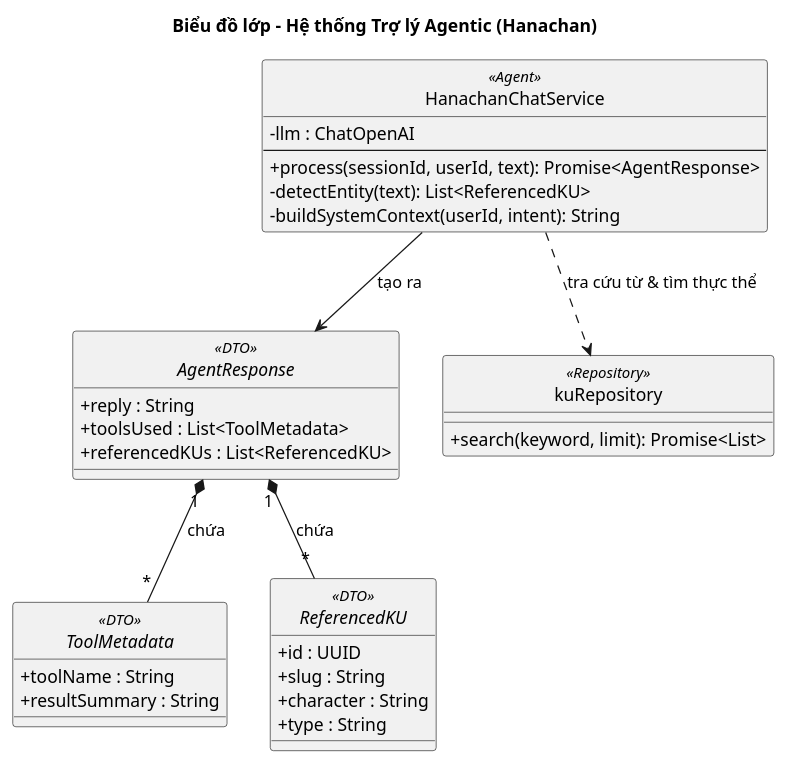
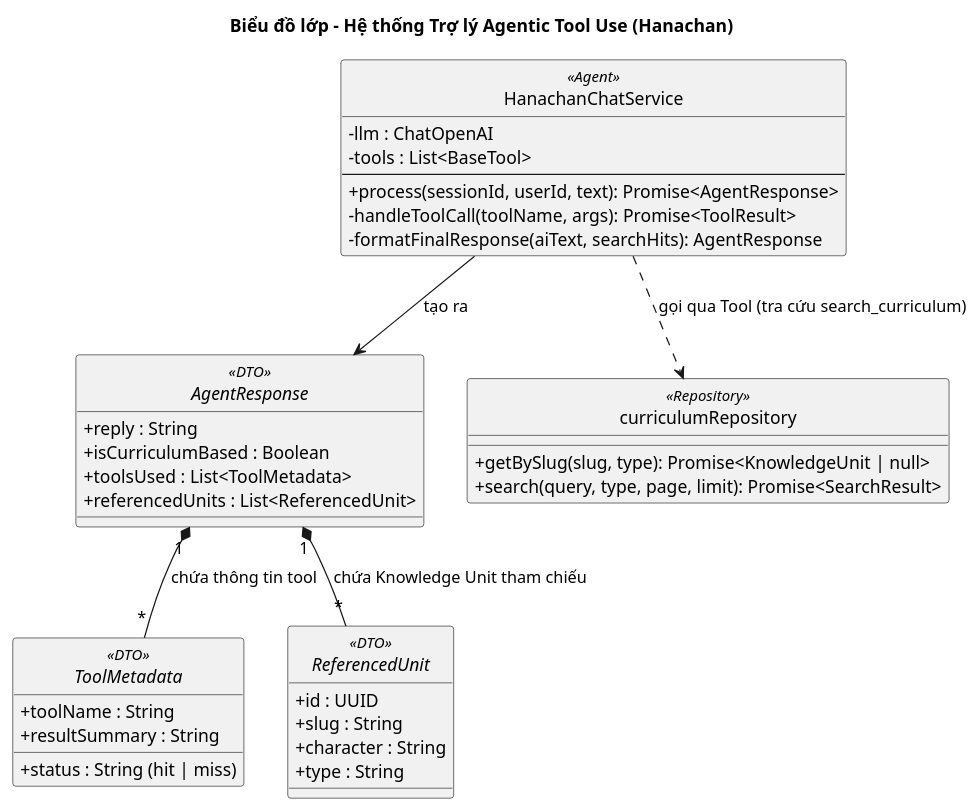
The diagram in docs/uncertain/class-diagram/chatbot.md (anhtranguyen-github/Hanachan), drawn with PlantUML before and after one commit. The commit also changed other lines of this file and 20 other files, not shown here.

First line of the commit message:
docs(arch): update ER and package diagrams for Hanachan v2

````diff
--- a/docs/uncertain/class-diagram/chatbot.md
+++ b/docs/uncertain/class-diagram/chatbot.md
@@ -5,44 +5,47 @@
 ```plantuml
 @startuml
-title Biểu đồ lớp - Hệ thống Trợ lý Agentic (Hanachan)
+title Biểu đồ lớp - Hệ thống Trợ lý Agentic Tool Use (Hanachan)
 skinparam classAttributeIconSize 0
 skinparam shadowing false
 hide circle
 
 class HanachanChatService <<Agent>> {
   - llm : ChatOpenAI
+  - tools : List<BaseTool>
   --
   + process(sessionId, userId, text): Promise<AgentResponse>
-  - detectEntity(text): List<ReferencedKU>
-  - buildSystemContext(userId, intent): String
+  - handleToolCall(toolName, args): Promise<ToolResult>
+  - formatFinalResponse(aiText, searchHits): AgentResponse
 }
 
 interface AgentResponse <<DTO>> {
   + reply : String
+  + isCurriculumBased : Boolean
   + toolsUsed : List<ToolMetadata>
-  + referencedKUs : List<ReferencedKU>
+  + referencedUnits : List<ReferencedUnit>
 }
 
 interface ToolMetadata <<DTO>> {
   + toolName : String
+  + status : String (hit | miss)
   + resultSummary : String
 }
 
-interface ReferencedKU <<DTO>> {
+interface ReferencedUnit <<DTO>> {
   + id : UUID
   + slug : String
   + character : String
   + type : String
 }
 
-class kuRepository <<Repository>> {
-  + search(keyword, limit): Promise<List>
+class curriculumRepository <<Repository>> {
+  + getBySlug(slug, type): Promise<KnowledgeUnit | null>
+  + search(query, type, page, limit): Promise<SearchResult>
 }
 
-
-HanachanChatService ..> kuRepository : tra cứu từ & tìm thực thể
+HanachanChatService ..> curriculumRepository : gọi qua Tool (tra cứu search_curriculum)
 HanachanChatService --> AgentResponse : tạo ra
-AgentResponse "1" *-- "*" ToolMetadata : chứa
-AgentResponse "1" *-- "*" ReferencedKU : chứa
+AgentResponse "1" *-- "*" ToolMetadata : chứa thông tin tool
+AgentResponse "1" *-- "*" ReferencedUnit : chứa Knowledge Unit tham chiếu
 @enduml
 ```
````
